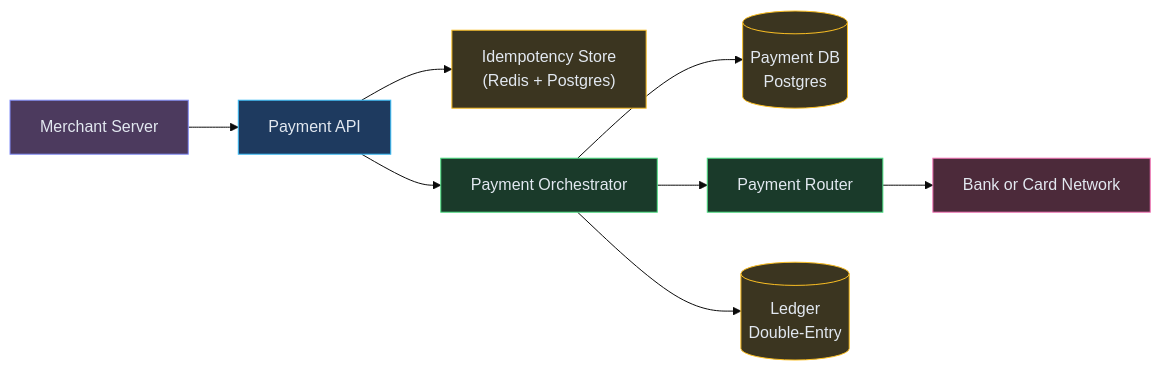
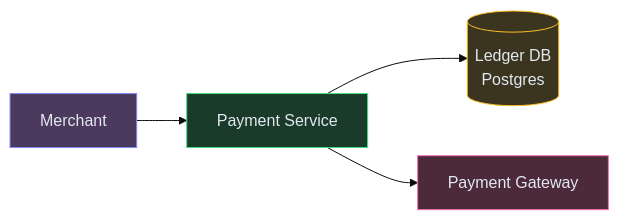
The second of 4 diagrams in content/hld/PaymentSystem.md (iluzn/HLD-Designs), drawn with Mermaid (base theme) before and after one commit. The commit also changed other lines of this file and 8 other files, not shown here.

````diff
--- a/content/hld/PaymentSystem.md
+++ b/content/hld/PaymentSystem.md
@@ -167,25 +102,16 @@
 ```mermaid
 flowchart LR
-    MERCHANT["Merchant Server"]:::client
-    API["Payment API"]:::edge
-    IDEMP["Idempotency Store<br/>(Redis + Postgres)"]:::data
-    ORCH["Payment Orchestrator"]:::service
-    DB[("Payment DB<br/>Postgres")]:::data
-    ROUTER["Payment Router"]:::service
-    BANK["Bank or Card Network"]:::external
-    LEDGER[("Ledger<br/>Double-Entry")]:::data
+    MERCHANT["Merchant"]:::client
+    API["Payment Service"]:::service
+    DB[("Ledger DB<br/>Postgres")]:::data
+    GW["Payment Gateway"]:::external
 
     MERCHANT --> API
-    API --> IDEMP
-    API --> ORCH
-    ORCH --> DB
-    ORCH --> ROUTER
-    ROUTER --> BANK
-    ORCH --> LEDGER
+    API --> DB
+    API --> GW
 
     classDef client fill:#4c3a5e,stroke:#818cf8,color:#e2e8f0
-    classDef edge fill:#1e3a5f,stroke:#38bdf8,color:#e2e8f0
     classDef service fill:#1a3a2a,stroke:#4ade80,color:#e2e8f0
     classDef data fill:#3b3520,stroke:#fbbf24,color:#e2e8f0
     classDef external fill:#4c2a3a,stroke:#f472b6,color:#e2e8f0
 ```
````
